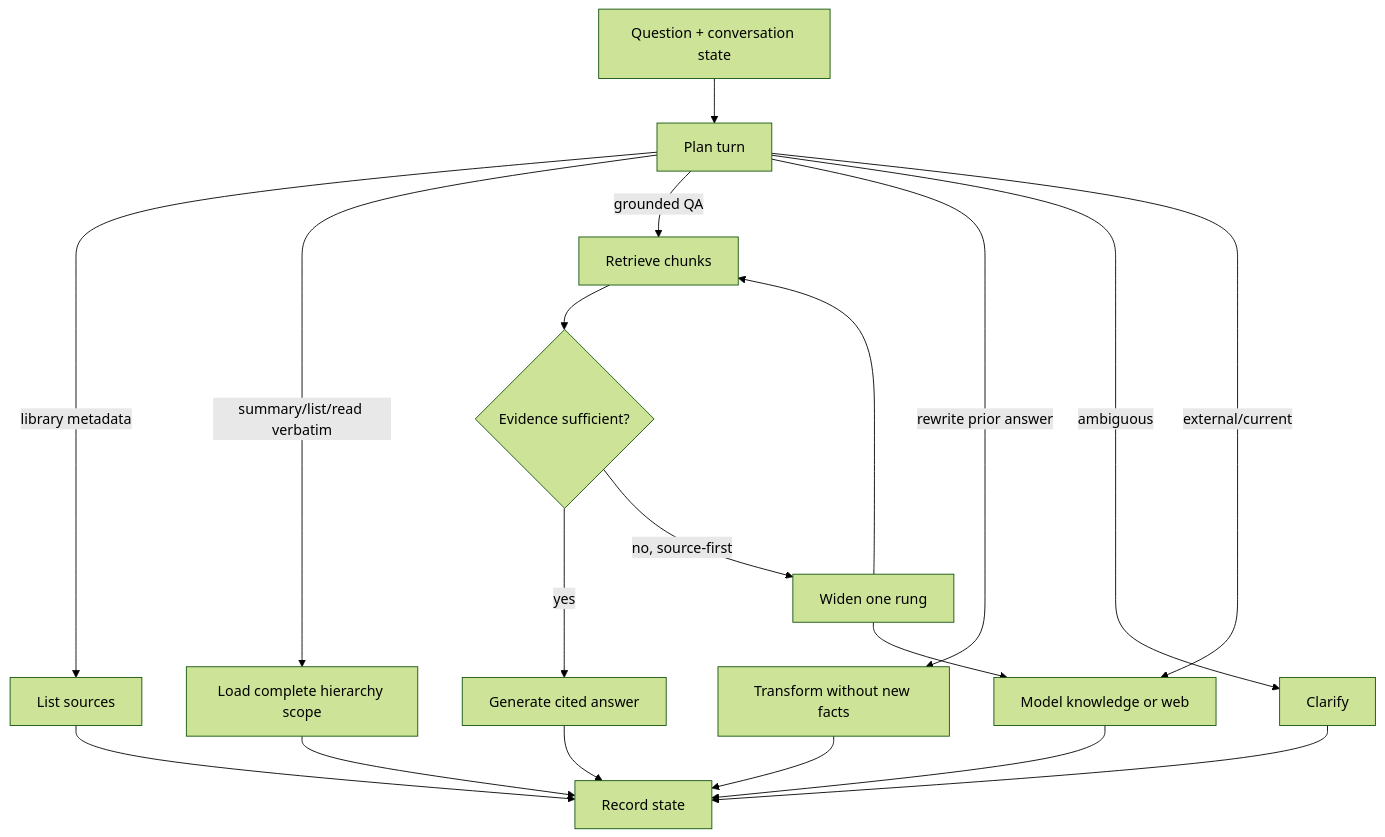
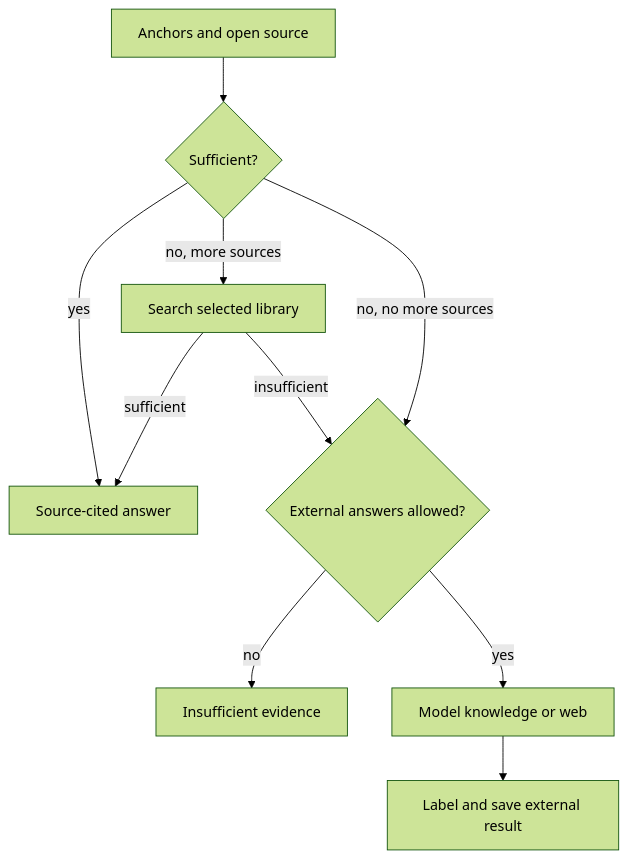
Before and after one commit to rabhishek100/agentic_study_partner: the second of 15 diagrams in docs/flows.md, drawn with Mermaid (forest theme). The commit also changed other lines of this file and 9 other files, not shown here.

Commit message:
Consolidate concise feature and architecture documentation

````diff
--- a/docs/flows.md
+++ b/docs/flows.md
@@ -39,21 +35,12 @@
 ```mermaid
 flowchart TD
-    Q[Question + conversation state] --> P[Plan turn]
-    P -->|library metadata| L[List sources]
-    P -->|summary/list/read verbatim| H[Load complete hierarchy scope]
-    P -->|grounded QA| R[Retrieve chunks]
-    P -->|rewrite prior answer| T[Transform without new facts]
-    P -->|ambiguous| C[Clarify]
-    P -->|external/current| X[Model knowledge or web]
-    R --> S{Evidence sufficient?}
-    S -->|yes| U[Generate cited answer]
-    S -->|no, source-first| W[Widen one rung]
-    W --> R
-    W --> X
-    L --> Z[Record state]
-    H --> Z
-    U --> Z
-    T --> Z
-    C --> Z
-    X --> Z
+    A[Anchors and open source] --> S{Sufficient?}
+    S -->|yes| G[Source-cited answer]
+    S -->|no, more sources| L[Search selected library]
+    L -->|sufficient| G
+    L -->|insufficient| E{External answers allowed?}
+    S -->|no, no more sources| E
+    E -->|no| X[Insufficient evidence]
+    E -->|yes| M[Model knowledge or web]
+    M --> O[Label and save external result]
 ```
````
